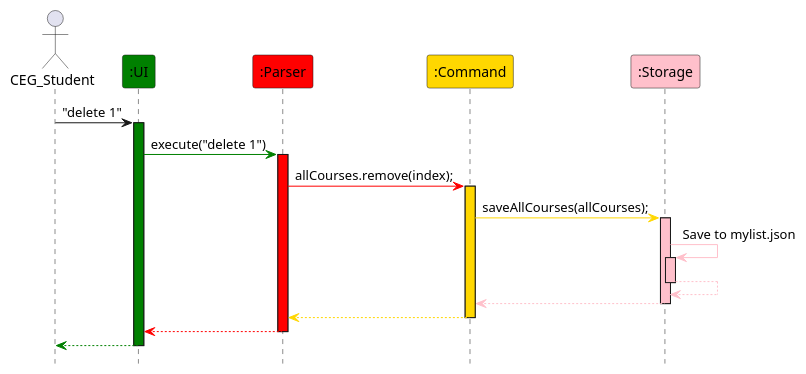
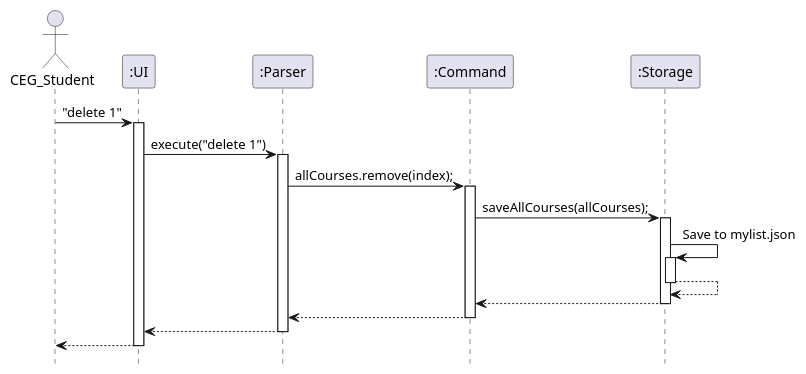
One commit to nus-cs2113-AY2425S1/tp changed the diagram in docs/diagrams/DesignSequenceDiagram.puml. Above: the diagram before and after it, drawn with PlantUML. The commit also changed 1 other file, not shown here.

Commit message:
Remove colours in diagram

```diff
--- a/docs/diagrams/DesignSequenceDiagram.puml
+++ b/docs/diagrams/DesignSequenceDiagram.puml
@@ -1,39 +1,39 @@
 @startuml
 hide footbox
 
 actor CEG_Student
-participant ":UI" #green
-participant ":Parser" #red
-participant ":Command" #gold
-participant ":Storage" #pink
+participant ":UI"
+participant ":Parser"
+participant ":Command"
+participant ":Storage"
 
 CEG_Student -> ":UI" : "delete 1"
-activate ":UI" #green
+activate ":UI"
 
-":UI" -[#green]> ":Parser" : execute("delete 1")
-activate ":Parser" #red
+":UI" -> ":Parser" : execute("delete 1")
+activate ":Parser"
 
-":Parser" -[#red]> ":Command" : allCourses.remove(index);
-activate ":Command" #gold
+":Parser" -> ":Command" : allCourses.remove(index);
+activate ":Command"
 
-":Command" -[#gold]> ":Storage" : saveAllCourses(allCourses);
-activate ":Storage" #pink
+":Command" -> ":Storage" : saveAllCourses(allCourses);
+activate ":Storage"
 
-":Storage" -[#pink]> ":Storage" : Save to mylist.json
-activate ":Storage" #pink
+":Storage" -> ":Storage" : Save to mylist.json
+activate ":Storage"
 
-":Storage" -[#pink]-> ":Storage"
+":Storage" --> ":Storage"
 deactivate ":Storage"
-":Storage" -[#pink]-> ":Command"
+":Storage" --> ":Command"
 deactivate ":Storage"
 
-":Command" -[#gold]-> ":Parser"
+":Command" --> ":Parser"
 deactivate ":Command"
 
-":Parser" -[#red]-> ":UI"
+":Parser" --> ":UI"
 deactivate ":Parser"
 
-":UI" -[#green]-> CEG_Student
+":UI" --> CEG_Student
 deactivate ":UI"
 
 @enduml
```
